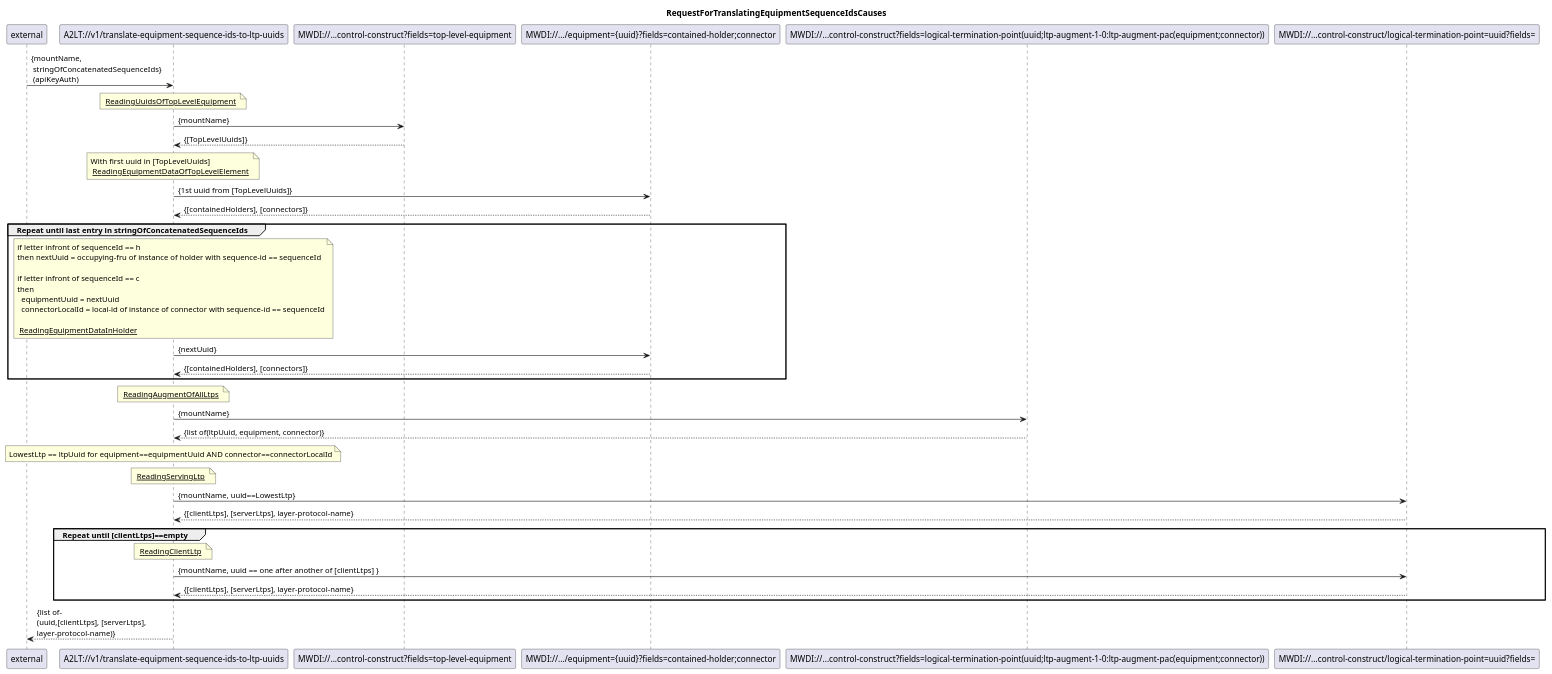
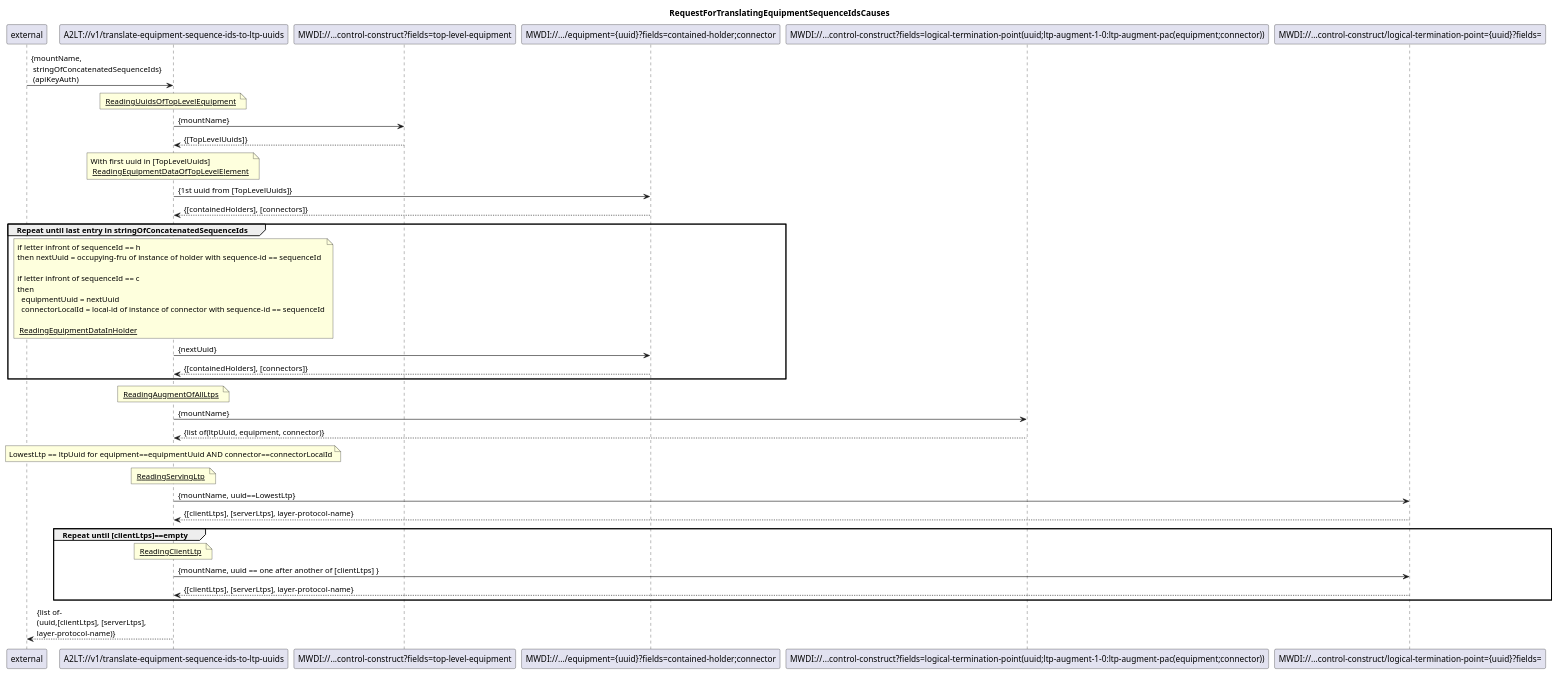
The diagram in spec/diagrams/01x_translate-equipment-sequence-ids-to-ltp-uuids.plantuml (openBackhaul/Accessport2LtpTranslator), drawn with PlantUML before and after one commit. The commit also changed 1 other file, not shown here.

```diff
--- a/spec/diagrams/01x_translate-equipment-sequence-ids-to-ltp-uuids.plantuml
+++ b/spec/diagrams/01x_translate-equipment-sequence-ids-to-ltp-uuids.plantuml
@@ -1,76 +1,76 @@
 @startuml 01x_translate-equipment-sequence-ids-to-ltp-uuids
 skinparam responseMessageBelowArrow true
 
 title RequestForTranslatingEquipmentSequenceIdsCauses
 
 participant "external" as external
 participant "A2LT://v1/translate-equipment-sequence-ids-to-ltp-uuids" as offeredService
 participant "MWDI://...control-construct?fields=top-level-equipment" as topLevel
   ' complete path: participant "MWDI://core-model-1-4:network-control-domain=cache/control-construct={mountName}?fields=top-level-equipment" as topLevel'
 participant "MWDI://.../equipment={uuid}?fields=contained-holder;connector" as equipment
   ' complete path: participant "MWDI://core-model-1-4:network-control-domain=cache/control-construct={mountName}/equipment={uuid}?fields=contained-holder;connector" as equipment'
 participant "MWDI://...control-construct?fields=logical-termination-point(uuid;ltp-augment-1-0:ltp-augment-pac(equipment;connector))" as ltpList
   ' complete path: participant "MWDI://core-model-1-4:network-control-domain=cache/control-construct={mountName}?fields=logical-termination-point(uuid;ltp-augment-1-0:ltp-augment-pac(equipment;connector))" as ltpList'
-participant "MWDI://...control-construct/logical-termination-point=uuid?fields=" as clientLtp
-  ' complete path: participant "MWDI://core-model-1-4:network-control-domain=cache/control-construct={mountName}/logical-termination-point=uuid?fields=" as clientLtp'
+participant "MWDI://...control-construct/logical-termination-point={uuid}?fields=" as clientLtp
+  ' complete path: participant "MWDI://core-model-1-4:network-control-domain=cache/control-construct={mountName}/logical-termination-point={uuid}?fields=" as clientLtp'
 
 external -> offeredService : {mountName, \n stringOfConcatenatedSequenceIds} \n (apiKeyAuth)
 
 note over offeredService
   <u> ReadingUuidsOfTopLevelEquipment </u>
 end note
 offeredService -> topLevel : {mountName}
 topLevel --> offeredService : {[TopLevelUuids]}
 
 note over offeredService
   With first uuid in [TopLevelUuids]
   <u> ReadingEquipmentDataOfTopLevelElement </u>
 end note
 offeredService -> equipment : {1st uuid from [TopLevelUuids]}
 equipment --> offeredService : {[containedHolders], [connectors]}
 
 group Repeat until last entry in stringOfConcatenatedSequenceIds
   note over offeredService
     if letter infront of sequenceId == h
     then nextUuid = occupying-fru of instance of holder with sequence-id == sequenceId
 
     if letter infront of sequenceId == c
     then 
       equipmentUuid = nextUuid
       connectorLocalId = local-id of instance of connector with sequence-id == sequenceId
 
     <u> ReadingEquipmentDataInHolder </u>
   end note
   offeredService -> equipment : {nextUuid}
   equipment --> offeredService : {[containedHolders], [connectors]}
 end
 
 note over offeredService
   <u> ReadingAugmentOfAllLtps </u>
 end note
 offeredService -> ltpList : {mountName}
 ltpList --> offeredService : {list of(ltpUuid, equipment, connector)}
 
 note over offeredService
   LowestLtp == ltpUuid for equipment==equipmentUuid AND connector==connectorLocalId
 end note
 
 note over offeredService
   <u> ReadingServingLtp </u>
 end note
   offeredService -> clientLtp : {mountName, uuid==LowestLtp}
   clientLtp --> offeredService : {[clientLtps], [serverLtps], layer-protocol-name}
 
 group Repeat until [clientLtps]==empty
   note over offeredService
         <u> ReadingClientLtp </u>
   end note
   offeredService -> clientLtp : {mountName, uuid == one after another of [clientLtps] }
   clientLtp --> offeredService : {[clientLtps], [serverLtps], layer-protocol-name}
 end
 
 
 
 offeredService --> external : {list of-\n(uuid,[clientLtps], [serverLtps],\nlayer-protocol-name)}
 
 @enduml
```
